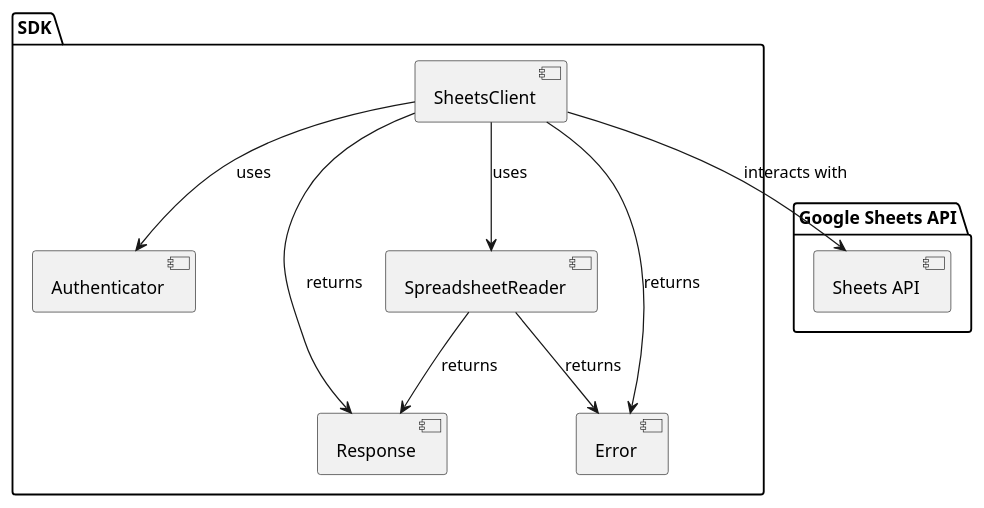
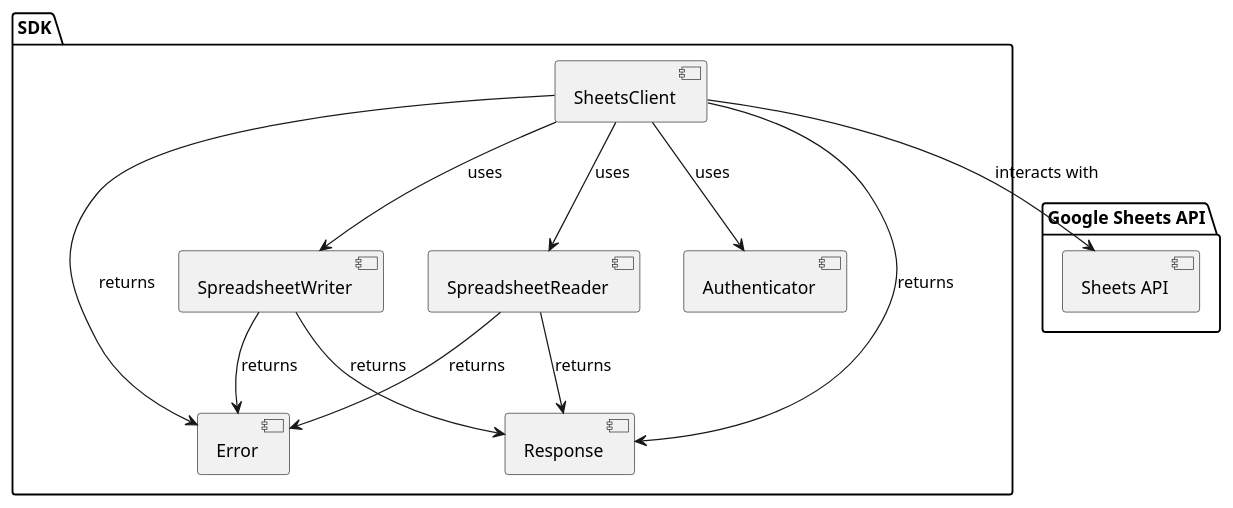
The diagram in README.md (quantum-box/spread_sheet_rs), drawn with PlantUML before and after one commit. The commit also changed other lines of this file and 1 other file, not shown here.

Commit message:
docs: update README with SpreadsheetWriter and fix clippy warnings

````diff
--- a/README.md
+++ b/README.md
@@ -18,24 +19,28 @@
 ```plantuml
 @startuml
 skinparam componentStyle uml2
 package "SDK" {
   [SheetsClient]
   [Authenticator]
   [SpreadsheetReader]
+  [SpreadsheetWriter]
   [Response]
   [Error]
 }
 
 package "Google Sheets API" {
   [Sheets API]
 }
 
 SheetsClient --> Authenticator : uses
 SheetsClient --> SpreadsheetReader : uses
+SheetsClient --> SpreadsheetWriter : uses
 SpreadsheetReader --> Response : returns
 SpreadsheetReader --> Error : returns
+SpreadsheetWriter --> Response : returns
+SpreadsheetWriter --> Error : returns
 SheetsClient --> Response : returns
 SheetsClient --> Error : returns
 SheetsClient --> [Sheets API] : interacts with
 @enduml
 ```
````
